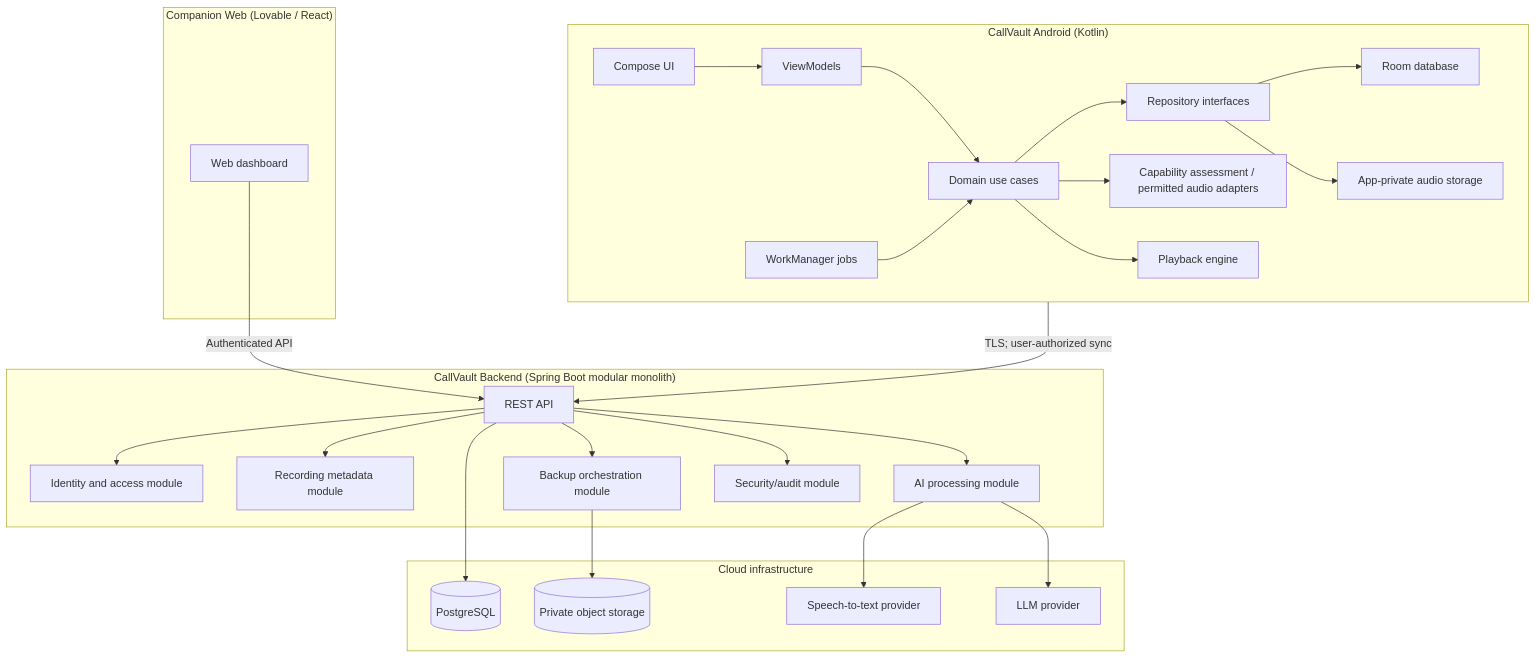
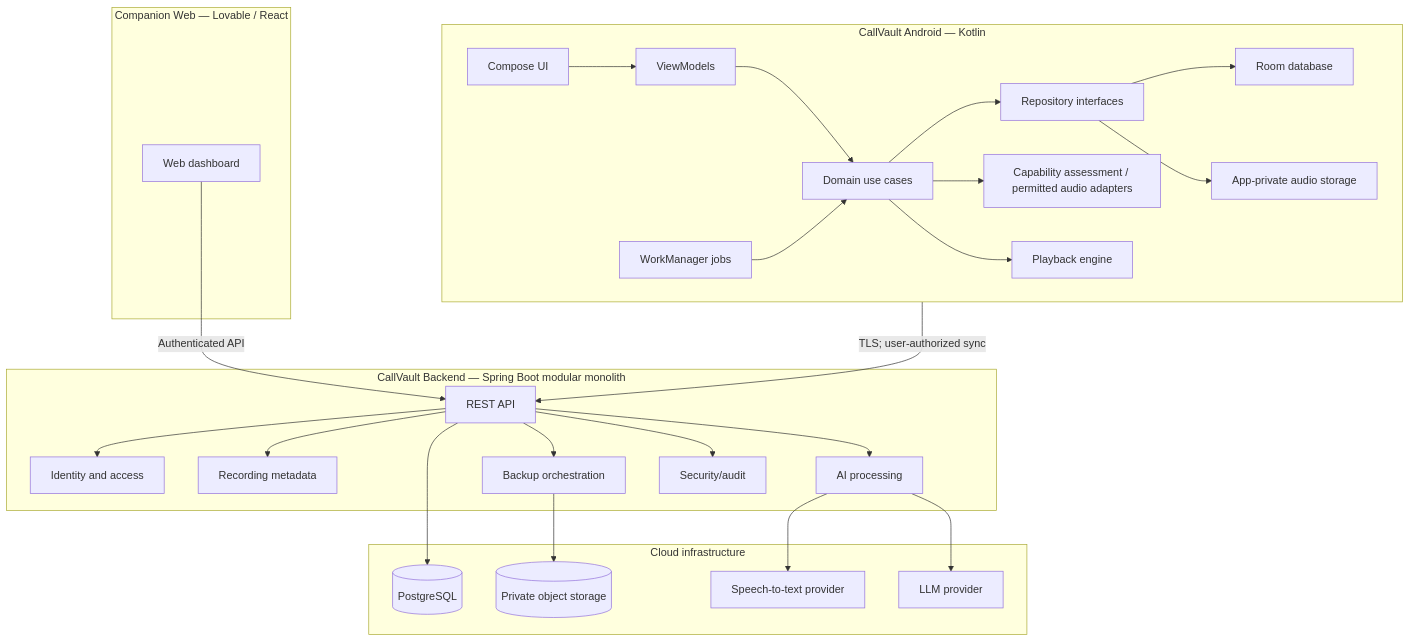
Before and after one commit to HarshVDubey/CallVault: the diagram in architecture.md, drawn with Mermaid. The commit also changed other lines of this file, not shown here.

Commit message:
docs: reconcile architecture.md with CallVault v1.0 baseline

````diff
--- a/architecture.md
+++ b/architecture.md
@@ -18,52 +20,52 @@
 ```mermaid
 flowchart TB
-  subgraph Android["CallVault Android (Kotlin)"]
+  subgraph Android["CallVault Android — Kotlin"]
     UI["Compose UI"]
     VM["ViewModels"]
     DOMAIN["Domain use cases"]
     REPO["Repository interfaces"]
     ROOM["Room database"]
     FILES["App-private audio storage"]
     CAP["Capability assessment / permitted audio adapters"]
     PLAYER["Playback engine"]
     WORK["WorkManager jobs"]
     UI --> VM --> DOMAIN --> REPO
     REPO --> ROOM
     REPO --> FILES
     DOMAIN --> CAP
     DOMAIN --> PLAYER
     WORK --> DOMAIN
   end
 
-  subgraph Cloud["CallVault Backend (Spring Boot modular monolith)"]
+  subgraph Cloud["CallVault Backend — Spring Boot modular monolith"]
     API["REST API"]
-    AUTH["Identity and access module"]
-    META["Recording metadata module"]
-    AI["AI processing module"]
-    BACKUP["Backup orchestration module"]
-    AUDIT["Security/audit module"]
+    AUTH["Identity and access"]
+    META["Recording metadata"]
+    AI["AI processing"]
+    BACKUP["Backup orchestration"]
+    AUDIT["Security/audit"]
     API --> AUTH
     API --> META
     API --> AI
     API --> BACKUP
     API --> AUDIT
   end
 
   subgraph Storage["Cloud infrastructure"]
     PG[("PostgreSQL")]
     OBJ[("Private object storage")]
     STT["Speech-to-text provider"]
     LLM["LLM provider"]
   end
 
   Android -->|"TLS; user-authorized sync"| API
   API --> PG
   BACKUP --> OBJ
   AI --> STT
   AI --> LLM
 
-  subgraph Web["Companion Web (Lovable / React)"]
+  subgraph Web["Companion Web — Lovable / React"]
     WEBUI["Web dashboard"]
   end
   WEBUI -->|"Authenticated API"| API
 ```
````
